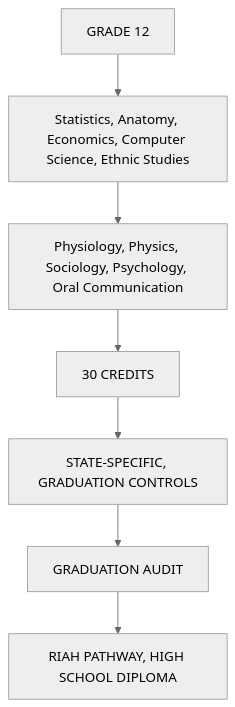
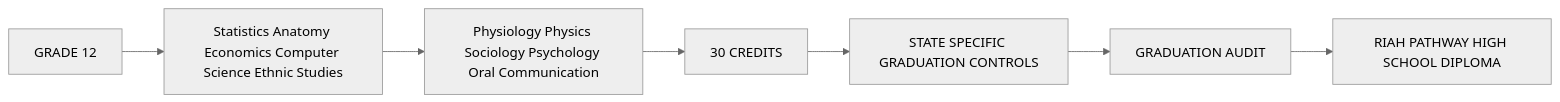
Before and after one commit to RIAHPathway/Website-Draft: the seventh of 29 diagrams in RIAH-PATHWAY-CURRICULUM-STRUCTURE/RIAH-PATHWAY-HIGH-SCHOOL-STRUCTURE/HIGH-SCHOOL-STRUCTURE.md, drawn with Mermaid (neutral theme). The commit also changed other lines of this file, not shown here.

Commit message:
Match High School Mermaid diagrams to repository working syntax

````diff
--- a/RIAH-PATHWAY-CURRICULUM-STRUCTURE/RIAH-PATHWAY-HIGH-SCHOOL-STRUCTURE/HIGH-SCHOOL-STRUCTURE.md
+++ b/RIAH-PATHWAY-CURRICULUM-STRUCTURE/RIAH-PATHWAY-HIGH-SCHOOL-STRUCTURE/HIGH-SCHOOL-STRUCTURE.md
@@ -493,9 +493,9 @@
 ```mermaid
-graph TD;
-    N0["GRADE 12"] --> N1["Statistics, Anatomy, Economics, Computer Science, Ethnic Studies"];
-    N1["Statistics, Anatomy, Economics, Computer Science, Ethnic Studies"] --> N2["Physiology, Physics, Sociology, Psychology, Oral Communication"];
-    N2["Physiology, Physics, Sociology, Psychology, Oral Communication"] --> N3["30 CREDITS"];
-    N3["30 CREDITS"] --> N4["STATE-SPECIFIC, GRADUATION CONTROLS"];
-    N4["STATE-SPECIFIC, GRADUATION CONTROLS"] --> N5["GRADUATION AUDIT"];
-    N5["GRADUATION AUDIT"] --> N6["RIAH PATHWAY, HIGH SCHOOL DIPLOMA"];
+graph LR
+    N0["GRADE 12"] --> N1["Statistics Anatomy Economics Computer Science Ethnic Studies"]
+    N1["Statistics Anatomy Economics Computer Science Ethnic Studies"] --> N2["Physiology Physics Sociology Psychology Oral Communication"]
+    N2["Physiology Physics Sociology Psychology Oral Communication"] --> N3["30 CREDITS"]
+    N3["30 CREDITS"] --> N4["STATE SPECIFIC GRADUATION CONTROLS"]
+    N4["STATE SPECIFIC GRADUATION CONTROLS"] --> N5["GRADUATION AUDIT"]
+    N5["GRADUATION AUDIT"] --> N6["RIAH PATHWAY HIGH SCHOOL DIPLOMA"]
 ```
````
